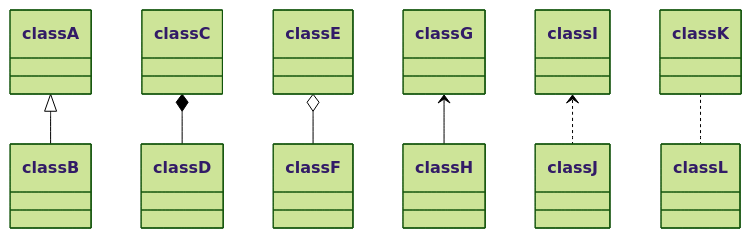
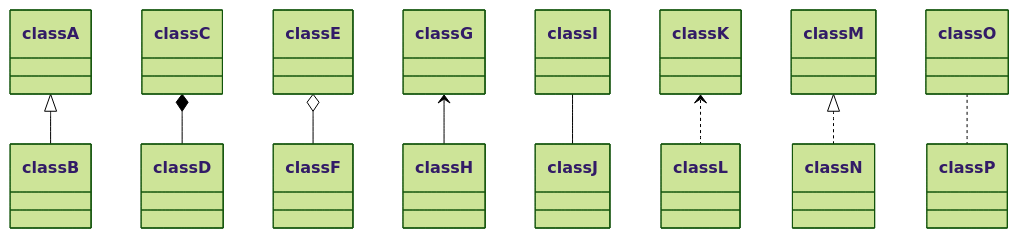
One commit to aazminu/mermaid changed the sixth of 11 diagrams in docs/classDiagram.md. Above: the diagram before and after it, drawn with Mermaid (forest theme). The commit also changed other lines of this file, not shown here.

Commit message:
#1146 Updated classDiagram documentation with new relation types

````diff
--- a/docs/classDiagram.md
+++ b/docs/classDiagram.md
@@ -191,10 +195,12 @@
 ```mermaid
 classDiagram
 classA <|-- classB
 classC *-- classD
 classE o-- classF
 classG <-- classH
-classI <.. classJ
-classK .. classL
+classI -- classJ
+classK <.. classL
+classM <|.. classN
+classO .. classP
 
 ```
````
